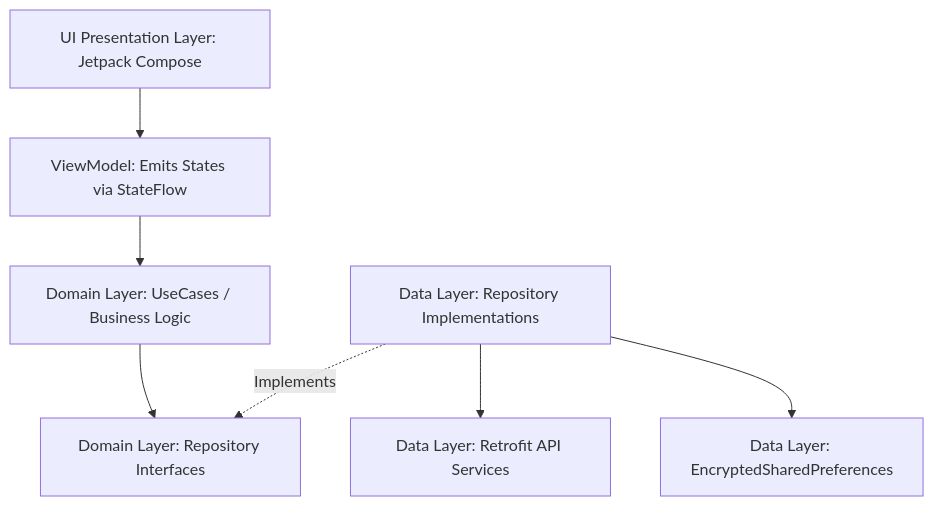
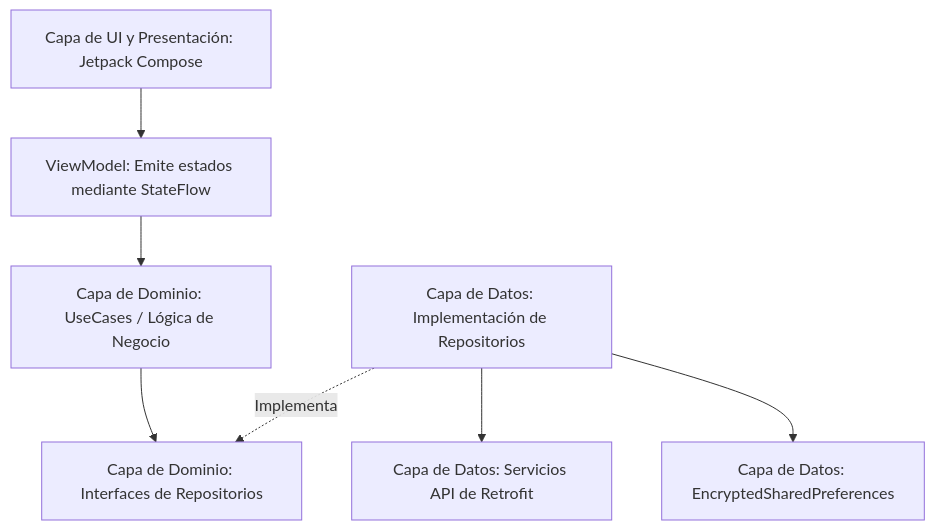
The diagram in skylink-mobileApp/ANDROID_PROJECT_GUIDE.md (ALaLodev/airlines-gds-system), drawn with Mermaid before and after one commit. The commit also changed other lines of this file, not shown here.

````diff
--- a/skylink-mobileApp/ANDROID_PROJECT_GUIDE.md
+++ b/skylink-mobileApp/ANDROID_PROJECT_GUIDE.md
@@ -30,9 +30,9 @@
 ```mermaid
 graph TD
-    UI[UI Presentation Layer: Jetpack Compose] --> VM[ViewModel: Emits States via StateFlow]
-    VM --> UC[Domain Layer: UseCases / Business Logic]
-    UC --> Repo[Domain Layer: Repository Interfaces]
-    RepoImpls[Data Layer: Repository Implementations] -. Implements .-> Repo
-    RepoImpls --> Net[Data Layer: Retrofit API Services]
-    RepoImpls --> DB[Data Layer: EncryptedSharedPreferences]
+    UI[Capa de UI y Presentación: Jetpack Compose] --> VM[ViewModel: Emite estados mediante StateFlow]
+    VM --> UC[Capa de Dominio: UseCases / Lógica de Negocio]
+    UC --> Repo[Capa de Dominio: Interfaces de Repositorios]
+    RepoImpls[Capa de Datos: Implementación de Repositorios] -. Implementa .-> Repo
+    RepoImpls --> Net[Capa de Datos: Servicios API de Retrofit]
+    RepoImpls --> DB[Capa de Datos: EncryptedSharedPreferences]
 ```
````
